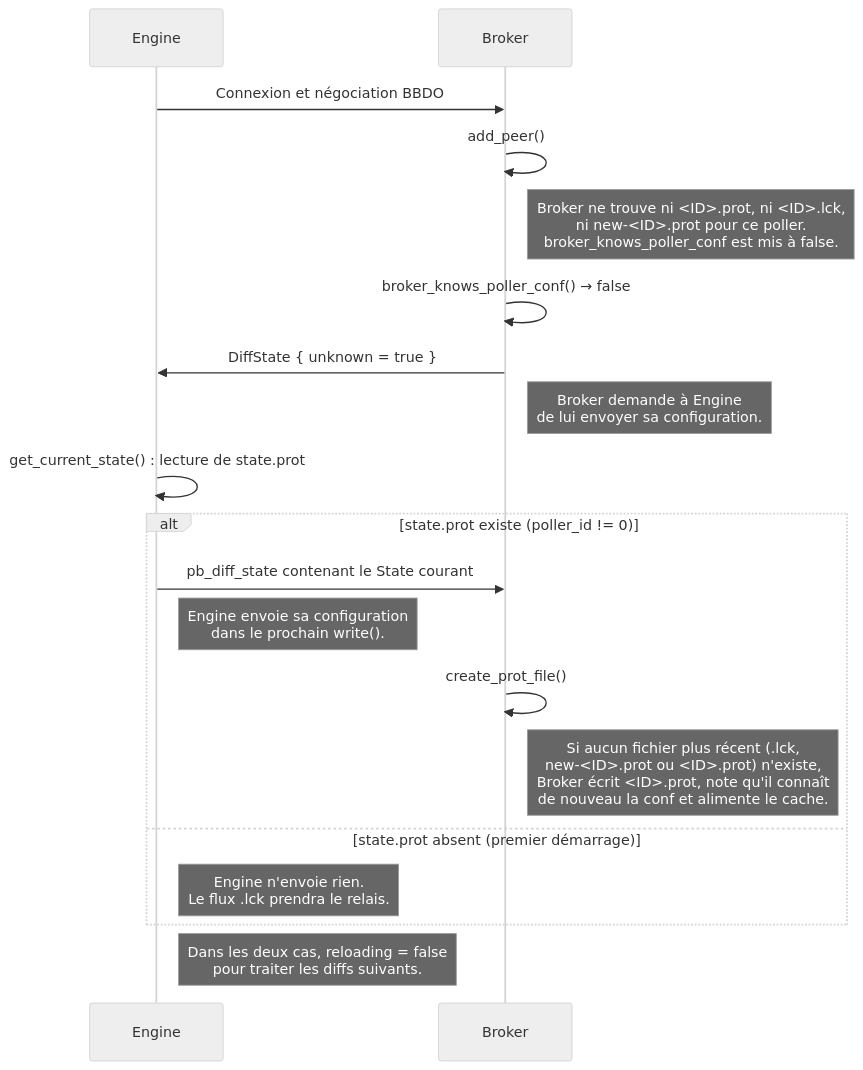
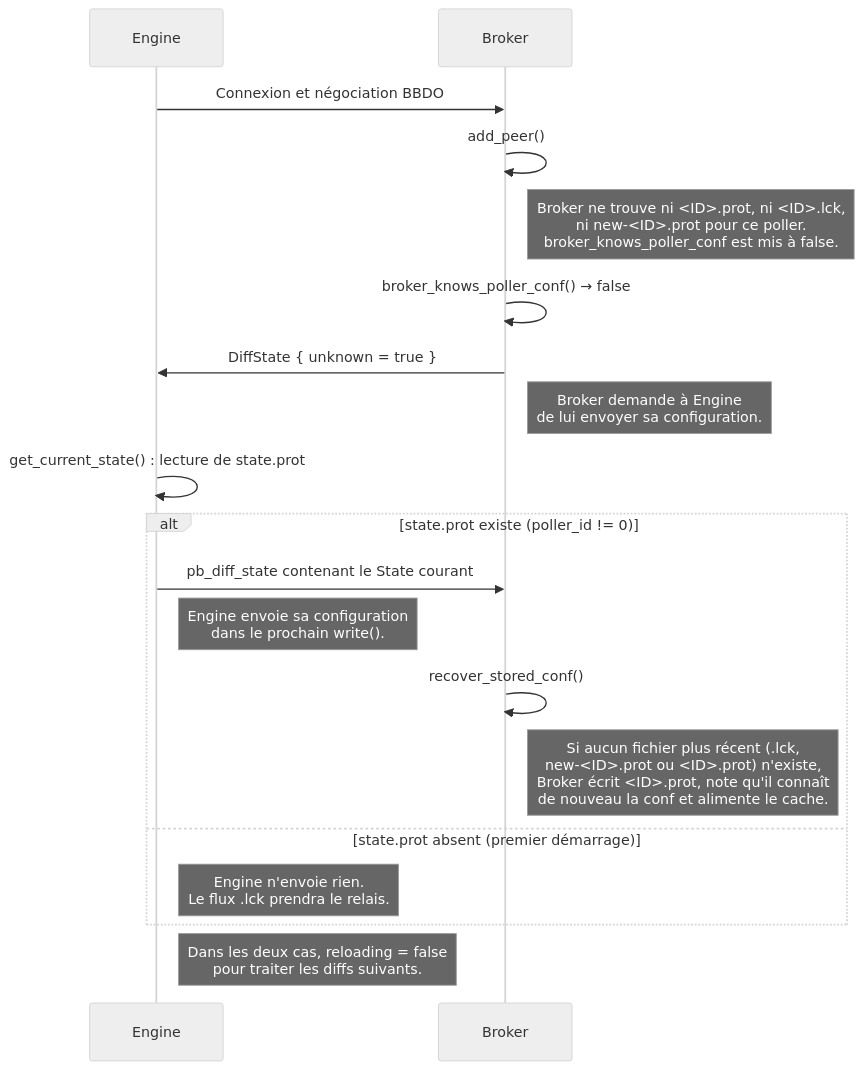
Before and after one commit to centreon/centreon-collect: the third of 7 diagrams in doc/nego-engine-broker/03-configuration-validation-fr.md, drawn with Mermaid (neutral theme). The commit also changed other lines of this file and 5 other files, not shown here.

````diff
--- a/doc/nego-engine-broker/03-configuration-validation-fr.md
+++ b/doc/nego-engine-broker/03-configuration-validation-fr.md
@@ -593,22 +593,22 @@
 ```mermaid
 sequenceDiagram
     participant E as Engine
     participant B as Broker
 
     E ->> B: Connexion et négociation BBDO
     B ->> B: add_peer()
     note right of B: Broker ne trouve ni <ID>.prot, ni <ID>.lck,<br/>ni new-<ID>.prot pour ce poller.<br/>broker_knows_poller_conf est mis à false.
     B ->> B: broker_knows_poller_conf() → false
     B ->> E: DiffState { unknown = true }
     note right of B: Broker demande à Engine<br/>de lui envoyer sa configuration.
     E ->> E: get_current_state() : lecture de state.prot
     alt state.prot existe (poller_id != 0)
         E ->> B: pb_diff_state contenant le State courant
         note right of E: Engine envoie sa configuration<br/>dans le prochain write().
-        B ->> B: create_prot_file()
+        B ->> B: recover_stored_conf()
         note right of B: Si aucun fichier plus récent (.lck,<br/>new-<ID>.prot ou <ID>.prot) n'existe,<br/>Broker écrit <ID>.prot, note qu'il connaît<br/>de nouveau la conf et alimente le cache.
     else state.prot absent (premier démarrage)
         note right of E: Engine n'envoie rien.<br/>Le flux .lck prendra le relais.
     end
     note right of E: Dans les deux cas, reloading = false<br/>pour traiter les diffs suivants.
 ```
````
